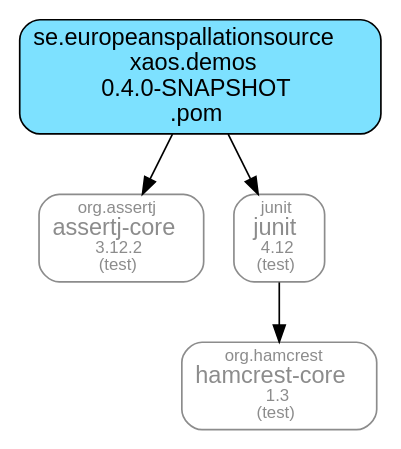
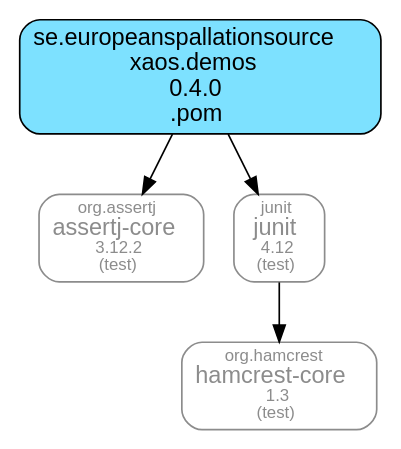
Before and after one commit to ESSICS/XAOS: the diagram in xaos.demos.module/doc/maven-dependencies.dot, drawn with Graphviz. The commit also changed 35 other files, not shown here.

```diff
--- a/xaos.demos.module/doc/maven-dependencies.dot
+++ b/xaos.demos.module/doc/maven-dependencies.dot
@@ -1,15 +1,15 @@
 digraph "xaos.demos" {
   node [shape="box",style="rounded",fontname="Helvetica",fontsize="14"]
   edge [fontsize="10",fontname="Helvetica"]
 
   // Node Definitions:
-  "se.europeanspallationsource:xaos.demos:pom"[shape="box",style="rounded, filled",fillcolor="#7DE1FF",label=<se.europeanspallationsource<br/>xaos.demos<br/>0.4.0-SNAPSHOT<br/>.pom>]
+  "se.europeanspallationsource:xaos.demos:pom"[shape="box",style="rounded, filled",fillcolor="#7DE1FF",label=<se.europeanspallationsource<br/>xaos.demos<br/>0.4.0<br/>.pom>]
   "org.assertj:assertj-core:jar"[shape="box",style="rounded",color="grey55",fontname="Helvetica",fontsize="14",fontcolor="grey55",label=<<font color="grey55" point-size="10">org.assertj</font><br/>assertj-core<font color="grey55" point-size="10"><br/>3.12.2</font><font color="grey55" point-size="10"><br/>(test)</font>>]
   "junit:junit:jar"[shape="box",style="rounded",color="grey55",fontname="Helvetica",fontsize="14",fontcolor="grey55",label=<<font color="grey55" point-size="10">junit</font><br/>junit<font color="grey55" point-size="10"><br/>4.12</font><font color="grey55" point-size="10"><br/>(test)</font>>]
   "org.hamcrest:hamcrest-core:jar"[shape="box",style="rounded",color="grey55",fontname="Helvetica",fontsize="14",fontcolor="grey55",label=<<font color="grey55" point-size="10">org.hamcrest</font><br/>hamcrest-core<font color="grey55" point-size="10"><br/>1.3</font><font color="grey55" point-size="10"><br/>(test)</font>>]
 
   // Edge Definitions:
   "se.europeanspallationsource:xaos.demos:pom" -> "org.assertj:assertj-core:jar"
   "junit:junit:jar" -> "org.hamcrest:hamcrest-core:jar"
   "se.europeanspallationsource:xaos.demos:pom" -> "junit:junit:jar"
 }
```
